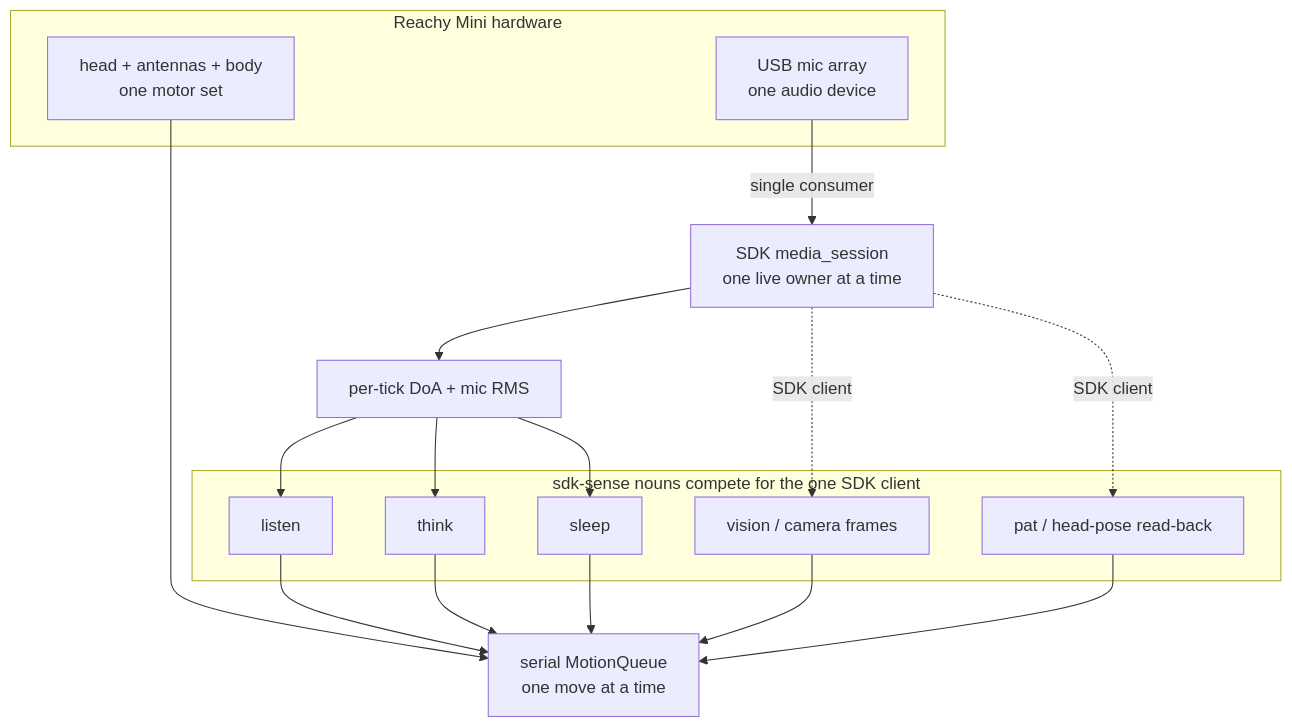
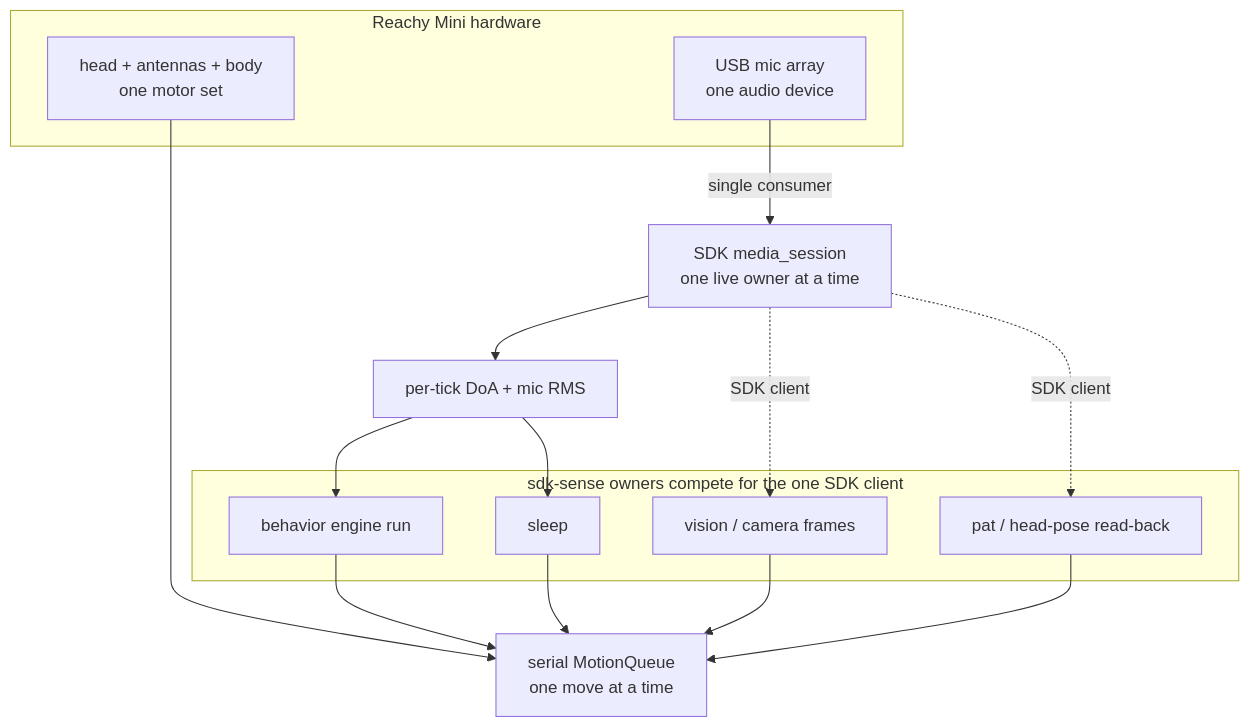
The first of 2 diagrams in docs/operating-reachy.md (agentculture/reachy-mini-cli), drawn with Mermaid before and after one commit. The commit also changed other lines of this file and 194 other files, not shown here.

First line of the commit message:
Retire the AI-first flow: the robot's presence is the symbolic runtime (v0.42.0) (#114)

````diff
--- a/docs/operating-reachy.md
+++ b/docs/operating-reachy.md
@@ -56,31 +56,28 @@
 ```mermaid
 graph TD
     subgraph HW["Reachy Mini hardware"]
         MIC["USB mic array<br/>one audio device"]
         HEAD["head + antennas + body<br/>one motor set"]
     end
 
     MIC -->|single consumer| SESS["SDK media_session<br/>one live owner at a time"]
     SESS --> SENSE["per-tick DoA + mic RMS"]
     HEAD --> QUEUE["serial MotionQueue<br/>one move at a time"]
 
-    subgraph NOUNS["sdk-sense nouns compete for the one SDK client"]
-        LISTEN["listen"]
-        THINK["think"]
+    subgraph NOUNS["sdk-sense owners compete for the one SDK client"]
+        RUNTIME["behavior engine run"]
         SLEEP["sleep"]
         VISION["vision / camera frames"]
         PAT["pat / head-pose read-back"]
     end
 
-    SENSE --> LISTEN
-    SENSE --> THINK
+    SENSE --> RUNTIME
     SENSE --> SLEEP
     SESS -.->|SDK client| VISION
     SESS -.->|SDK client| PAT
 
-    LISTEN --> QUEUE
-    THINK --> QUEUE
+    RUNTIME --> QUEUE
     SLEEP --> QUEUE
     VISION --> QUEUE
     PAT --> QUEUE
 ```
````
